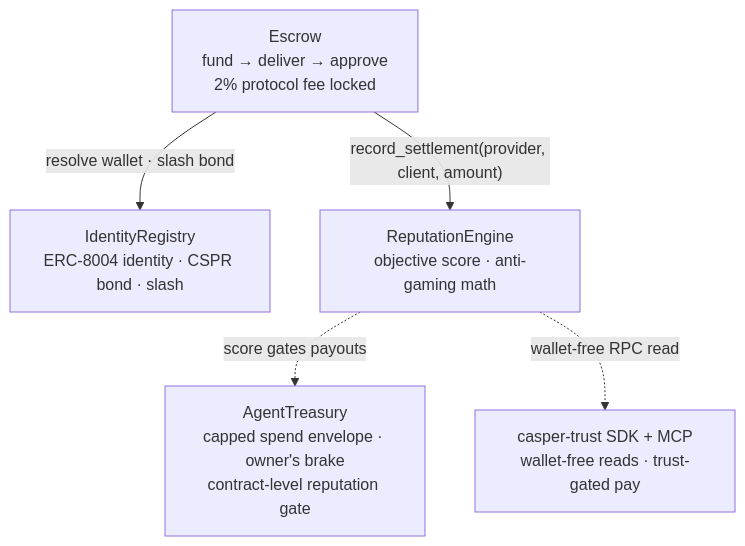
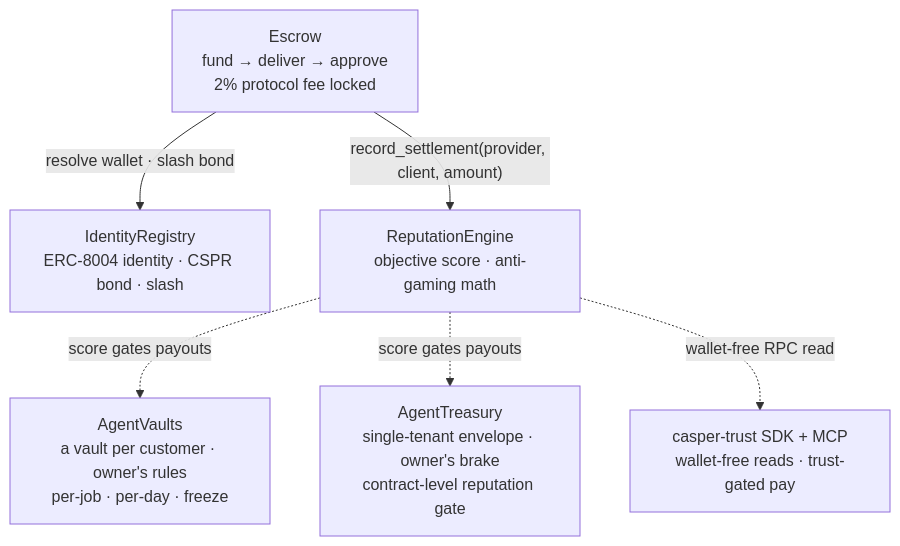
The diagram in README.md (Bekirerdem/casper-trust-layer), drawn with Mermaid before and after one commit. The commit also changed other lines of this file and 3 other files, not shown here.

First line of the commit message:
docs: the vaults contract was live but nowhere in the docs

````diff
--- a/README.md
+++ b/README.md
@@ -70,13 +70,15 @@
 ```mermaid
 flowchart TD
     IR["IdentityRegistry<br/>ERC-8004 identity · CSPR bond · slash"]
     ES["Escrow<br/>fund → deliver → approve<br/>2% protocol fee locked"]
     RE["ReputationEngine<br/>objective score · anti-gaming math"]
-    AT["AgentTreasury<br/>capped spend envelope · owner's brake<br/>contract-level reputation gate"]
+    AV["AgentVaults<br/>a vault per customer · owner's rules<br/>per-job · per-day · freeze"]
+    AT["AgentTreasury<br/>single-tenant envelope · owner's brake<br/>contract-level reputation gate"]
     SDK["casper-trust SDK + MCP<br/>wallet-free reads · trust-gated pay"]
 
     ES -- "resolve wallet · slash bond" --> IR
     ES -- "record_settlement(provider, client, amount)" --> RE
+    RE -. "score gates payouts" .-> AV
     RE -. "score gates payouts" .-> AT
     RE -. "wallet-free RPC read" .-> SDK
 ```
````
